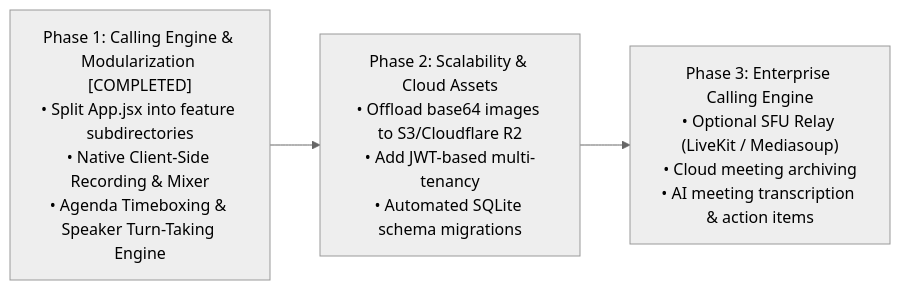
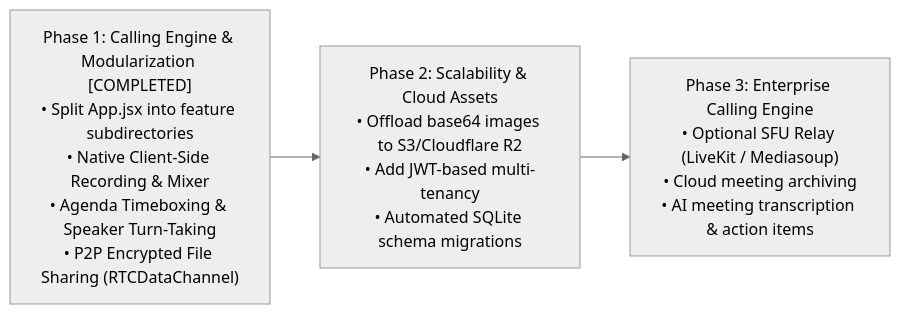
Diagram 14 of 14 in PROJECT_DOCUMENTATION.md (itssagarK/meetManager), drawn with Mermaid (neutral theme) before and after one commit. The commit also changed other lines of this file and 7 other files, not shown here.

````diff
--- a/PROJECT_DOCUMENTATION.md
+++ b/PROJECT_DOCUMENTATION.md
@@ -1167,5 +1222,5 @@
 ```mermaid
 flowchart LR
-    Phase1["Phase 1: Calling Engine & Modularization [COMPLETED]\n• Split App.jsx into feature subdirectories\n• Native Client-Side Recording & Mixer\n• Agenda Timeboxing & Speaker Turn-Taking Engine"] --> Phase2["Phase 2: Scalability & Cloud Assets\n• Offload base64 images to S3/Cloudflare R2\n• Add JWT-based multi-tenancy\n• Automated SQLite schema migrations"]
+    Phase1["Phase 1: Calling Engine & Modularization [COMPLETED]\n• Split App.jsx into feature subdirectories\n• Native Client-Side Recording & Mixer\n• Agenda Timeboxing & Speaker Turn-Taking\n• P2P Encrypted File Sharing (RTCDataChannel)"] --> Phase2["Phase 2: Scalability & Cloud Assets\n• Offload base64 images to S3/Cloudflare R2\n• Add JWT-based multi-tenancy\n• Automated SQLite schema migrations"]
     Phase2 --> Phase3["Phase 3: Enterprise Calling Engine\n• Optional SFU Relay (LiveKit / Mediasoup)\n• Cloud meeting archiving\n• AI meeting transcription & action items"]
 ```
````
